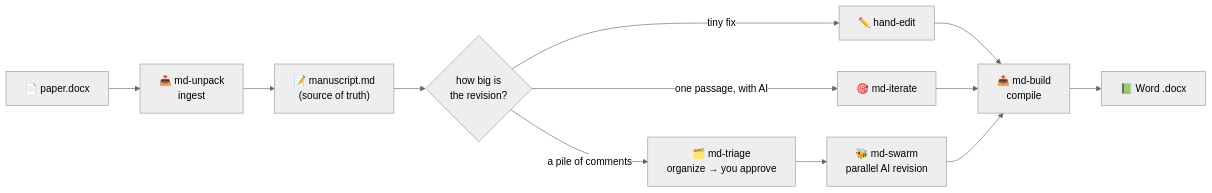
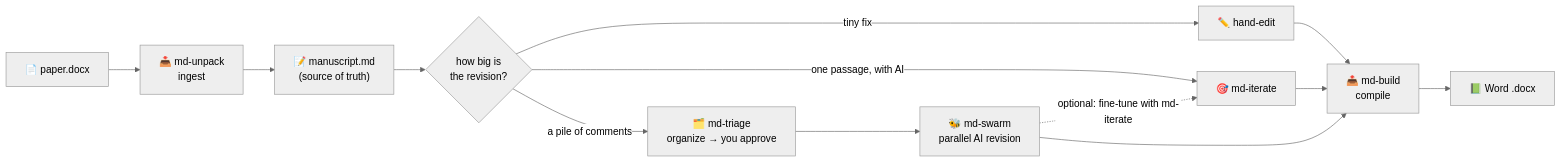
One commit to pwya/md-paper changed the second of 2 diagrams in README.md. Above: the diagram before and after it, drawn with Mermaid (neutral theme). The commit also changed other lines of this file and 2 other files, not shown here.

Commit message:
docs(README): flexible skill order + 3 typical orders; optional md-iterate after md-swarm in flowchart; why-Markdown-first note after md-unpack; contributors + WeChat QR codes (bilingual)

````diff
--- a/README.md
+++ b/README.md
@@ -214,14 +237,15 @@
 ```mermaid
 flowchart LR
     A["📄 paper.docx"] --> B["📥 md-unpack<br/>ingest"]
     B --> C["📝 manuscript.md<br/>(source of truth)"]
     C --> D{"how big is<br/>the revision?"}
     D -->|"tiny fix"| E["✏️ hand-edit"]
     D -->|"one passage, with AI"| K["🎯 md-iterate"]
     D -->|"a pile of comments"| T["🗂️ md-triage<br/>organize → you approve"]
     T --> F["🐝 md-swarm<br/>parallel AI revision"]
+    F -.->|"optional: fine-tune with md-iterate"| K
     E --> G["📤 md-build<br/>compile"]
     K --> G
     F --> G
     G --> H["📗 Word .docx"]
 ```
````
